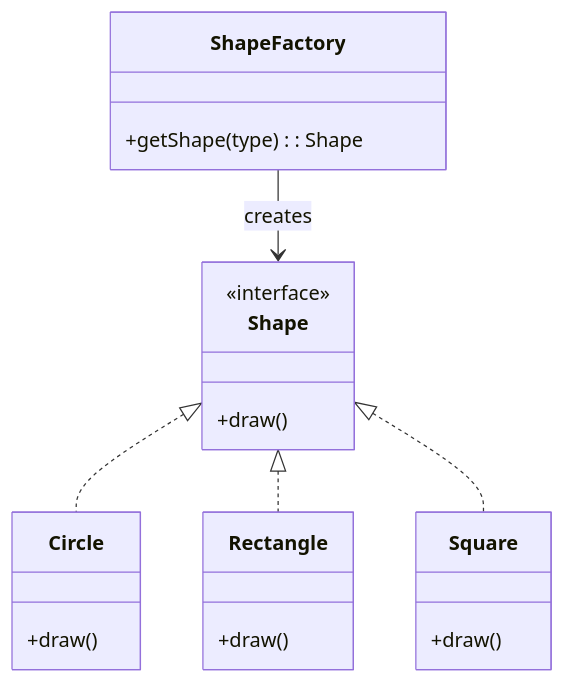
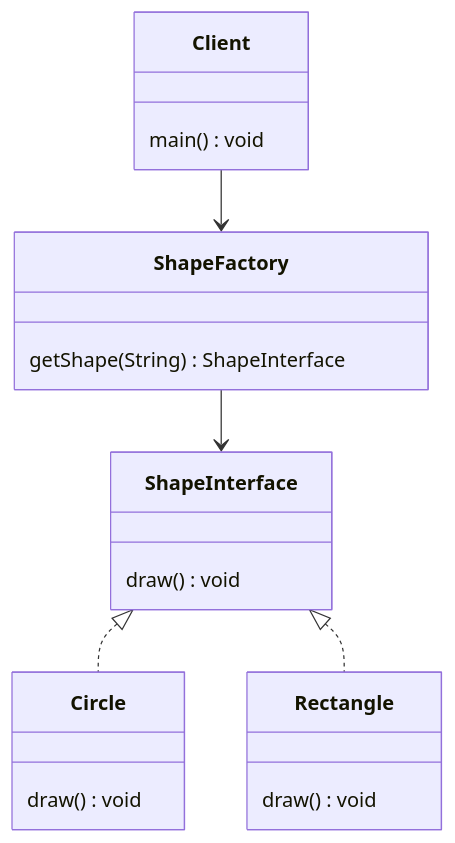
The diagram in LLD/DesignPattern/creationalDesign/factoryPattern/UML/ClassDiagram.md (shahbaz8584/low-level-design), drawn with Mermaid before and after one commit. The commit also changed other lines of this file and 71 other files, not shown here.

````diff
--- a/LLD/DesignPattern/creationalDesign/factoryPattern/UML/ClassDiagram.md
+++ b/LLD/DesignPattern/creationalDesign/factoryPattern/UML/ClassDiagram.md
@@ -3,28 +3,27 @@
 ```mermaid
 classDiagram
-    class Shape {
-        <<interface>>
-        +draw()
+    class ShapeInterface {
+        draw() void
     }
-
+    
     class Circle {
-        +draw()
+        draw() void
     }
-
+    
     class Rectangle {
-        +draw()
+        draw() void
     }
-
-    class Square {
-        +draw()
+    
+    class ShapeFactory {
+        getShape(String) ShapeInterface
     }
-
-    class ShapeFactory {
-        +getShape(type): Shape
+    
+    class Client {
+        main() void
     }
-
-    Shape <|.. Circle
-    Shape <|.. Rectangle
-    Shape <|.. Square
-    ShapeFactory --> Shape: creates
+    
+    ShapeInterface <|.. Circle
+    ShapeInterface <|.. Rectangle
+    ShapeFactory --> ShapeInterface
+    Client --> ShapeFactory
 ```
````
